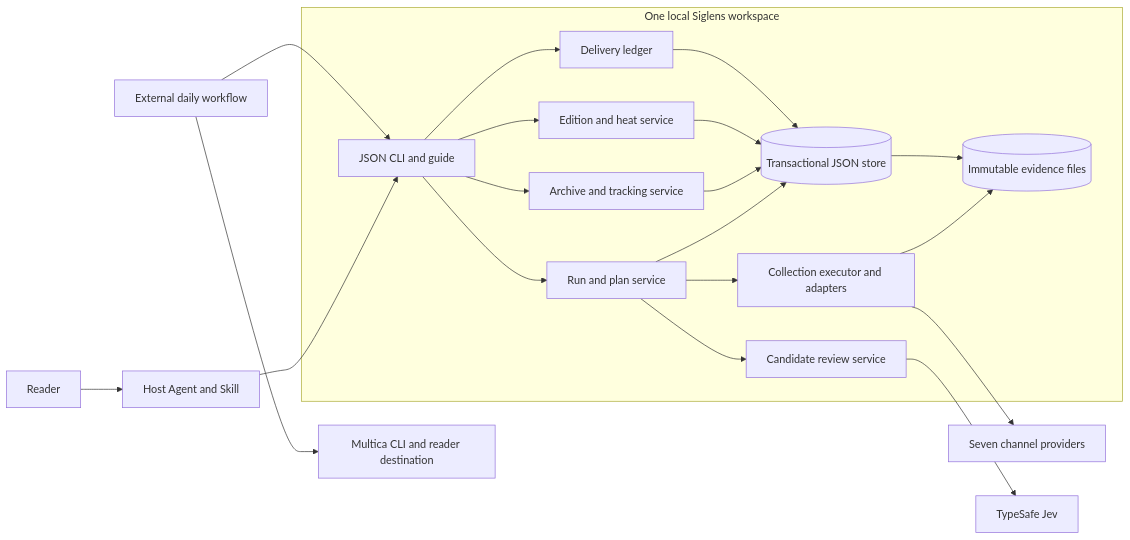
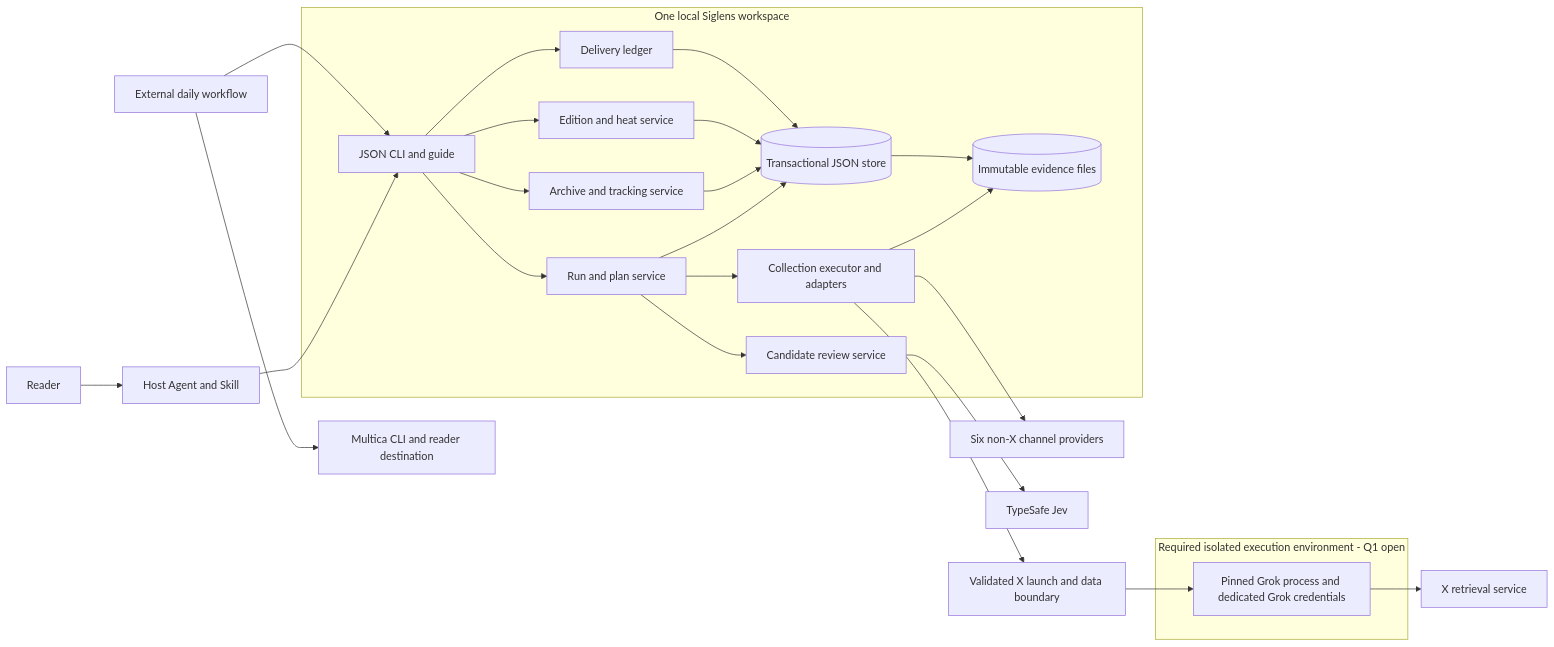
One commit to patgu9/Siglens changed the first of 4 diagrams in doc/2026-10-10-siglens-research/technical-design.md. Above: the diagram before and after it, drawn with Mermaid. The commit also changed other lines of this file and 1 other file, not shown here.

````diff
--- a/doc/2026-10-10-siglens-research/technical-design.md
+++ b/doc/2026-10-10-siglens-research/technical-design.md
@@ -99,23 +100,29 @@
 ```mermaid
 flowchart LR
   Reader[Reader] --> Host[Host Agent and Skill]
   Host --> CLI
   subgraph Local[One local Siglens workspace]
     CLI[JSON CLI and guide] --> Run[Run and plan service]
     Run --> Collect[Collection executor and adapters]
     Run --> Review[Candidate review service]
     CLI --> Archive[Archive and tracking service]
     CLI --> Edition[Edition and heat service]
     CLI --> Ledger[Delivery ledger]
     Run --> Store[(Transactional JSON store)]
     Archive --> Store
     Edition --> Store
     Ledger --> Store
     Collect --> Evidence[(Immutable evidence files)]
     Store --> Evidence
   end
-  Collect --> Sources[Seven channel providers]
+  Collect --> Sources[Six non-X channel providers]
+  Collect --> Gate[Validated X launch and data boundary]
+  subgraph IsolatedX[Required isolated execution environment - Q1 open]
+    Grok[Pinned Grok process and dedicated Grok credentials]
+  end
+  Gate --> Grok
+  Grok --> X[X retrieval service]
   Review --> Jev[TypeSafe Jev]
   Workflow[External daily workflow] --> CLI
   Workflow --> Multica[Multica CLI and reader destination]
 ```
````
